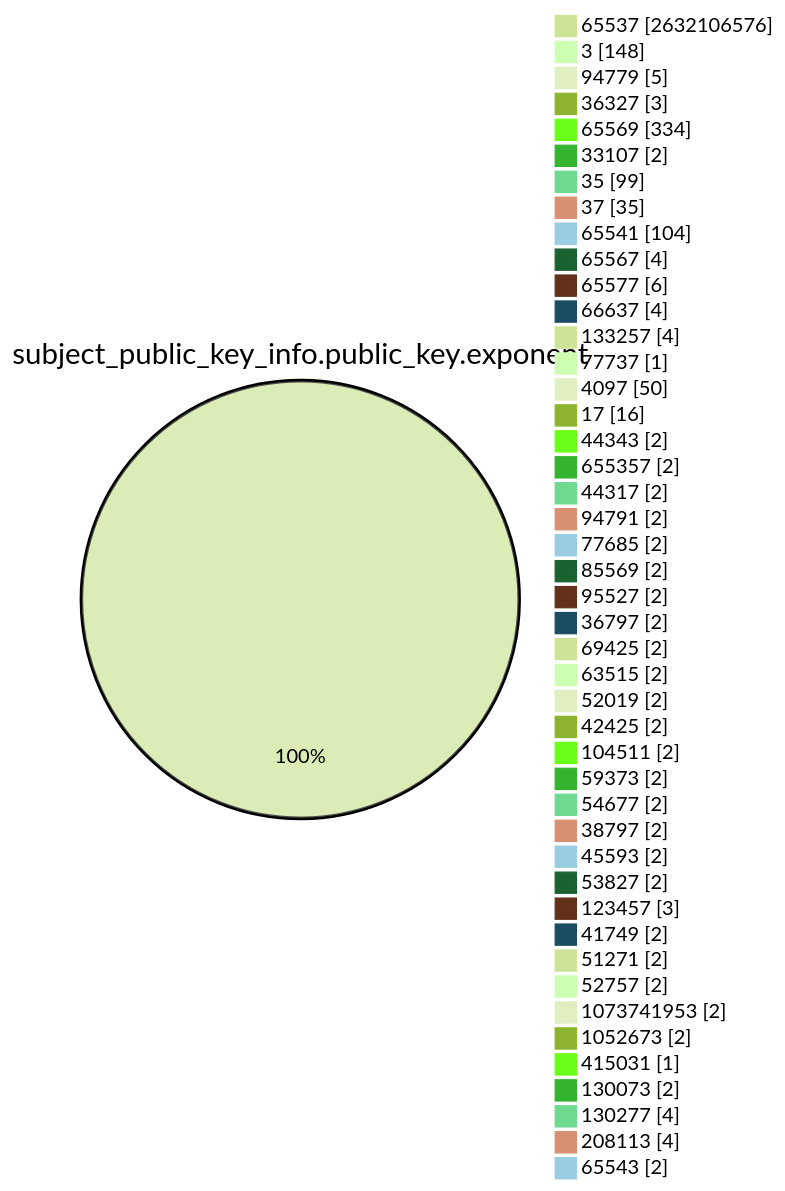
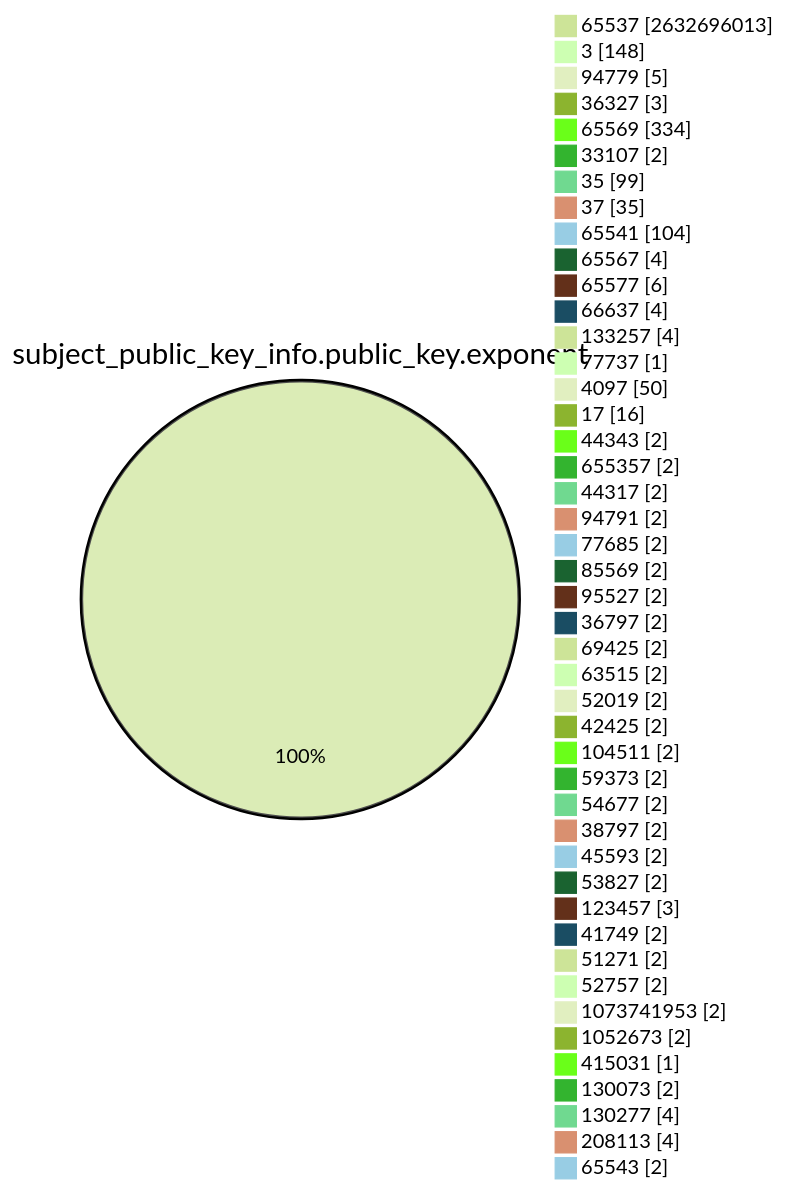
Before and after one commit to christiankrug/ctmonitor_visualization: the fourth of 15 diagrams in TOTAL/README.md, drawn with Mermaid (forest theme). The commit also changed other lines of this file, not shown here.

````diff
--- a/TOTAL/README.md
+++ b/TOTAL/README.md
@@ -1466,49 +1466,49 @@
 ```mermaid
 pie showData
 title subject_public_key_info.public_key.exponent
-"65537" :2632106576
+"65537" :2632696013
 "3" :148
 "94779" :5
 "36327" :3
 "65569" :334
 "33107" :2
 "35" :99
 "37" :35
 "65541" :104
 "65567" :4
 "65577" :6
 "66637" :4
 "133257" :4
 "77737" :1
 "4097" :50
 "17" :16
 "44343" :2
 "655357" :2
 "44317" :2
 "94791" :2
 "77685" :2
 "85569" :2
 "95527" :2
 "36797" :2
 "69425" :2
 "63515" :2
 "52019" :2
 "42425" :2
 "104511" :2
 "59373" :2
 "54677" :2
 "38797" :2
 "45593" :2
 "53827" :2
 "123457" :3
 "41749" :2
 "51271" :2
 "52757" :2
 "1073741953" :2
 "1052673" :2
 "415031" :1
 "130073" :2
 "130277" :4
 "208113" :4
 "65543" :2
 ```
````
